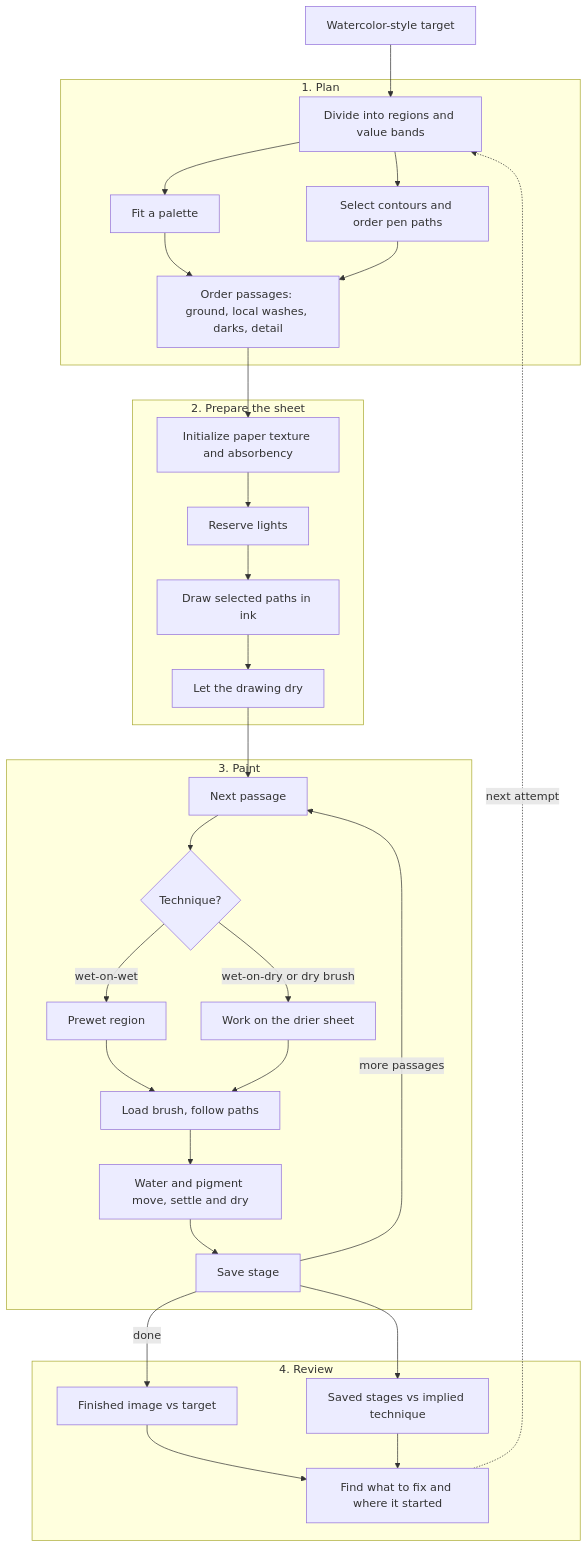
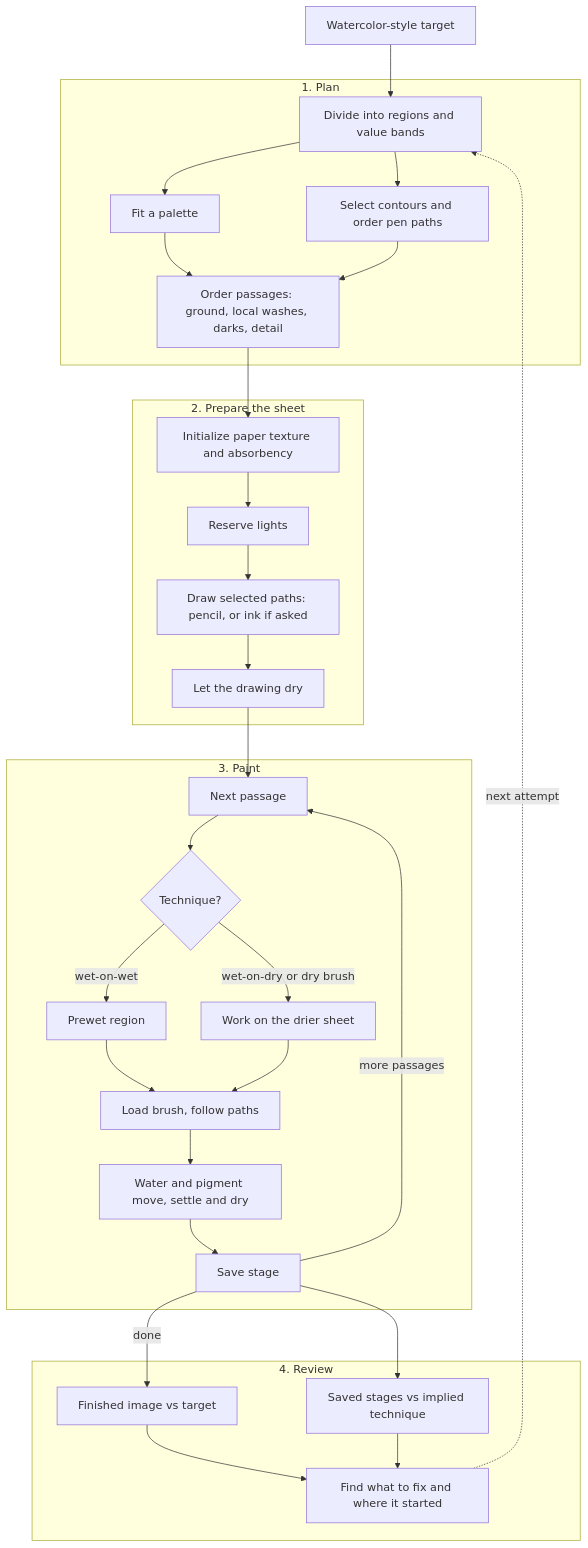
Before and after one commit to sabj/unpainting: the diagram in docs/how-it-paints.md, drawn with Mermaid. The commit also changed other lines of this file and 18 other files, not shown here.

First line of the commit message:
docs: describe the 0.2.0 drawing defaults and label figure versions

````diff
--- a/docs/how-it-paints.md
+++ b/docs/how-it-paints.md
@@ -76,39 +76,39 @@
 ```mermaid
 flowchart TD
     T[Watercolor-style target] --> P1
 
     subgraph P[1. Plan]
         P1[Divide into regions and value bands] --> P2[Fit a palette]
         P1 --> P3[Select contours and order pen paths]
         P2 --> P4[Order passages: ground, local washes, darks, detail]
         P3 --> P4
     end
 
     subgraph S[2. Prepare the sheet]
         S1[Initialize paper texture and absorbency] --> S2[Reserve lights]
-        S2 --> S3[Draw selected paths in ink]
+        S2 --> S3[Draw selected paths: pencil, or ink if asked]
         S3 --> S4[Let the drawing dry]
     end
 
     subgraph W[3. Paint]
         W1[Next passage] --> W2{Technique?}
         W2 -->|wet-on-wet| W3[Prewet region]
         W2 -->|wet-on-dry or dry brush| W4[Work on the drier sheet]
         W3 --> W5[Load brush, follow paths]
         W4 --> W5
         W5 --> W6[Water and pigment move, settle and dry]
         W6 --> W7[Save stage]
         W7 -->|more passages| W1
     end
 
     subgraph R[4. Review]
         R1[Finished image vs target] --> R3[Find what to fix and where it started]
         R2[Saved stages vs implied technique] --> R3
     end
 
     P4 --> S1
     S4 --> W1
     W7 -->|done| R1
     W7 --> R2
     R3 -. next attempt .-> P1
 ```
````
